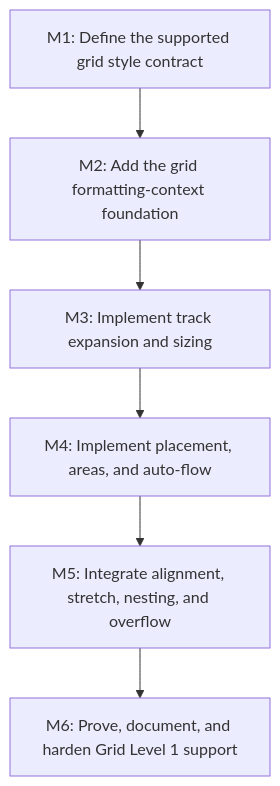
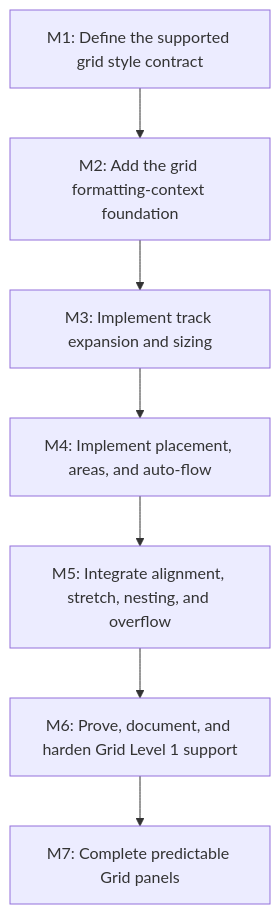
One commit to SpinyOwl/SpinyGUI changed the diagram in docs/work/E3 - CSS Grid support.md. Above: the diagram before and after it, drawn with Mermaid. The commit also changed other lines of this file and 28 other files, not shown here.

Commit message:
Complete predictable Grid panel layout

````diff
--- a/docs/work/E3 - CSS Grid support.md
+++ b/docs/work/E3 - CSS Grid support.md
@@ -281,10 +303,12 @@
 ```mermaid
 flowchart TD
   M1["M1: Define the supported grid style contract"]
   M2["M2: Add the grid formatting-context foundation"]
   M3["M3: Implement track expansion and sizing"]
   M4["M4: Implement placement, areas, and auto-flow"]
   M5["M5: Integrate alignment, stretch, nesting, and overflow"]
   M6["M6: Prove, document, and harden Grid Level 1 support"]
+  M7["M7: Complete predictable Grid panels"]
   M1 --> M2 --> M3 --> M4 --> M5 --> M6
+  M6 --> M7
 ```
````
